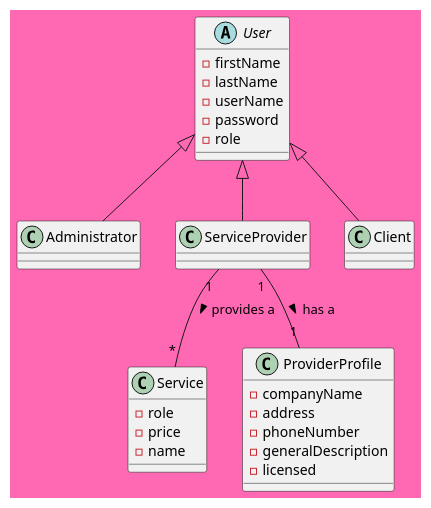
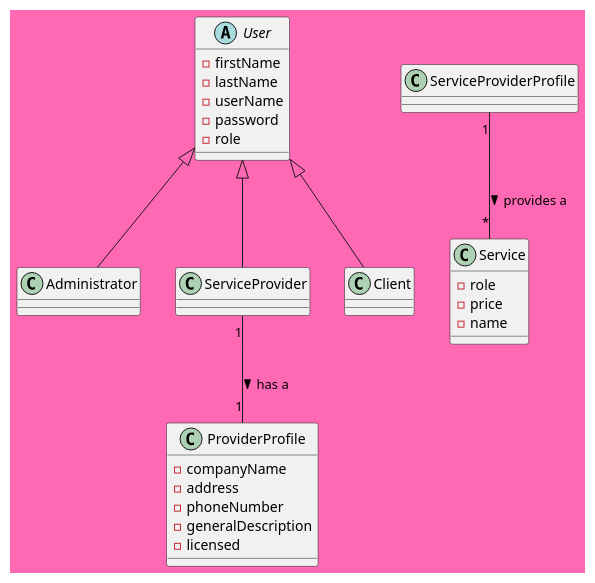
Before and after one commit to callmekungfu/chad: the diagram in accountManagementUML.puml, drawn with PlantUML.

```diff
--- a/accountManagementUML.puml
+++ b/accountManagementUML.puml
@@ -2,40 +2,40 @@
 @startuml Account Management
 
 skinparam backgroundColor HotPink
 
     abstract class User{
         -firstName
         -lastName
         -userName
         -password
         -role
     }
 
     class Administrator extends User{
 
     }
 
     class ServiceProvider extends User{
 
     }
     class Client extends User{
 
     }
 
     class Service{
       -role
       -price
       -name
     }
 
     class ProviderProfile{
       -companyName
       -address
       -phoneNumber
       -generalDescription
       -licensed
     }
 
     ServiceProvider "1" -- "1" ProviderProfile: > has a
-    ServiceProvider "1" -- "*" Service: > provides a
+    ServiceProviderProfile "1" -- "*" Service: > provides a
 @enduml
```
